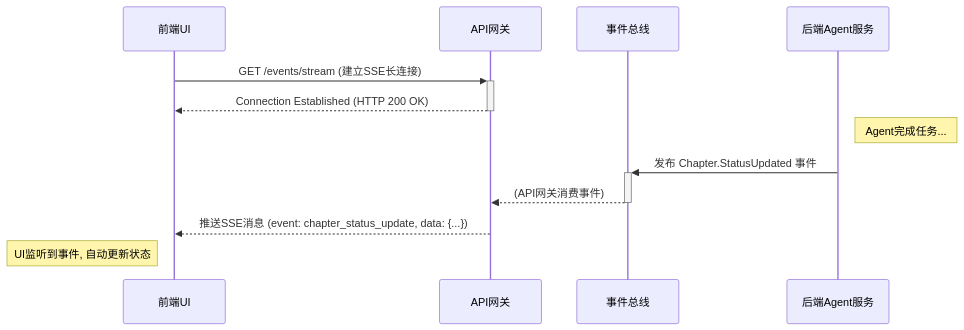
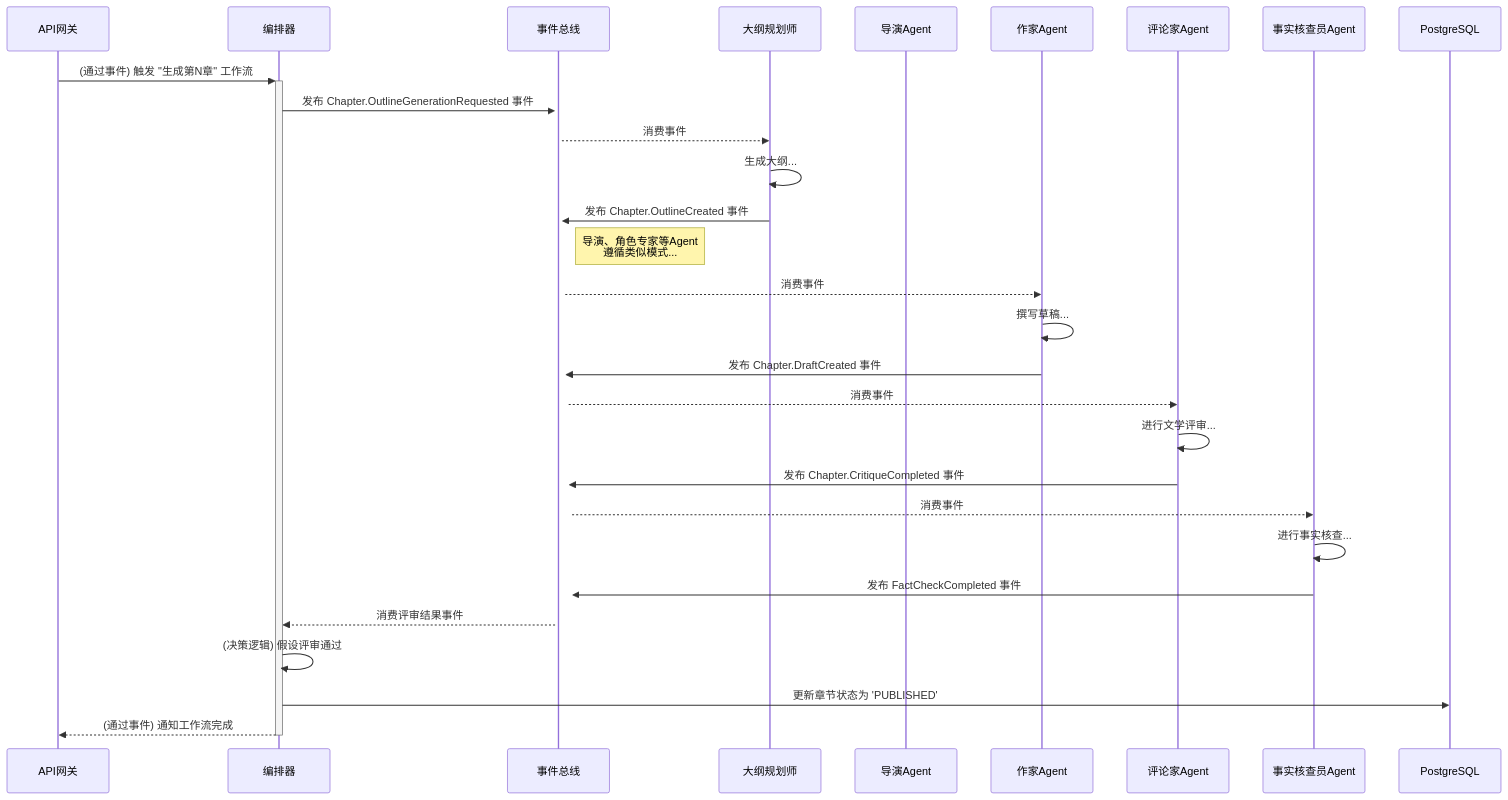
The second of 3 diagrams in docs/architecture/core-workflows.md (zhiyue/infinite-scribe), drawn with Mermaid before and after one commit. The commit also changed other lines of this file and 17 other files, not shown here.

````diff
--- a/docs/architecture/core-workflows.md
+++ b/docs/architecture/core-workflows.md
@@ -228,17 +95,39 @@
 ```mermaid
 sequenceDiagram
-    participant UI as 前端UI
     participant APIGW as API网关
+    participant Prefect as 编排器
     participant Kafka as 事件总线
-    participant Agent as 后端Agent服务
+    participant OL_Agent as 大纲规划师
+    participant DIR_Agent as 导演Agent
+    participant WR_Agent as 作家Agent
+    participant CR_Agent as 评论家Agent
+    participant FC_Agent as 事实核查员Agent
+    participant PG_DB as PostgreSQL
 
-    UI->>+APIGW: GET /events/stream (建立SSE长连接)
-    APIGW-->>-UI: Connection Established (HTTP 200 OK)
+    APIGW->>+Prefect: (通过事件) 触发 "生成第N章" 工作流
+    
+    Prefect->>+Kafka: 发布 Chapter.OutlineGenerationRequested 事件
+    Kafka-->>OL_Agent: 消费事件
+    OL_Agent->>OL_Agent: 生成大纲...
+    OL_Agent->>+Kafka: 发布 Chapter.OutlineCreated 事件
+    
+    Note right of Kafka: 导演、角色专家等Agent<br/>遵循类似模式...
+    
+    Kafka-->>WR_Agent: 消费事件
+    WR_Agent->>WR_Agent: 撰写草稿...
+    WR_Agent->>+Kafka: 发布 Chapter.DraftCreated 事件
 
-    Note right of Agent: Agent完成任务...
-    Agent->>+Kafka: 发布 Chapter.StatusUpdated 事件
-    Kafka-->>-APIGW: (API网关消费事件)
-    APIGW-->>UI: 推送SSE消息 (event: chapter_status_update, data: {...})
+    %% 并行评审
+    Kafka-->>CR_Agent: 消费事件
+    CR_Agent->>CR_Agent: 进行文学评审...
+    CR_Agent->>+Kafka: 发布 Chapter.CritiqueCompleted 事件
+    
+    Kafka-->>FC_Agent: 消费事件
+    FC_Agent->>FC_Agent: 进行事实核查...
+    FC_Agent->>+Kafka: 发布 FactCheckCompleted 事件
 
-    Note left of UI: UI监听到事件, 自动更新状态
+    Kafka-->>Prefect: 消费评审结果事件
+    Prefect->>Prefect: (决策逻辑) 假设评审通过
+    Prefect->>PG_DB: 更新章节状态为 'PUBLISHED'
+    Prefect-->>-APIGW: (通过事件) 通知工作流完成
 ```
````
